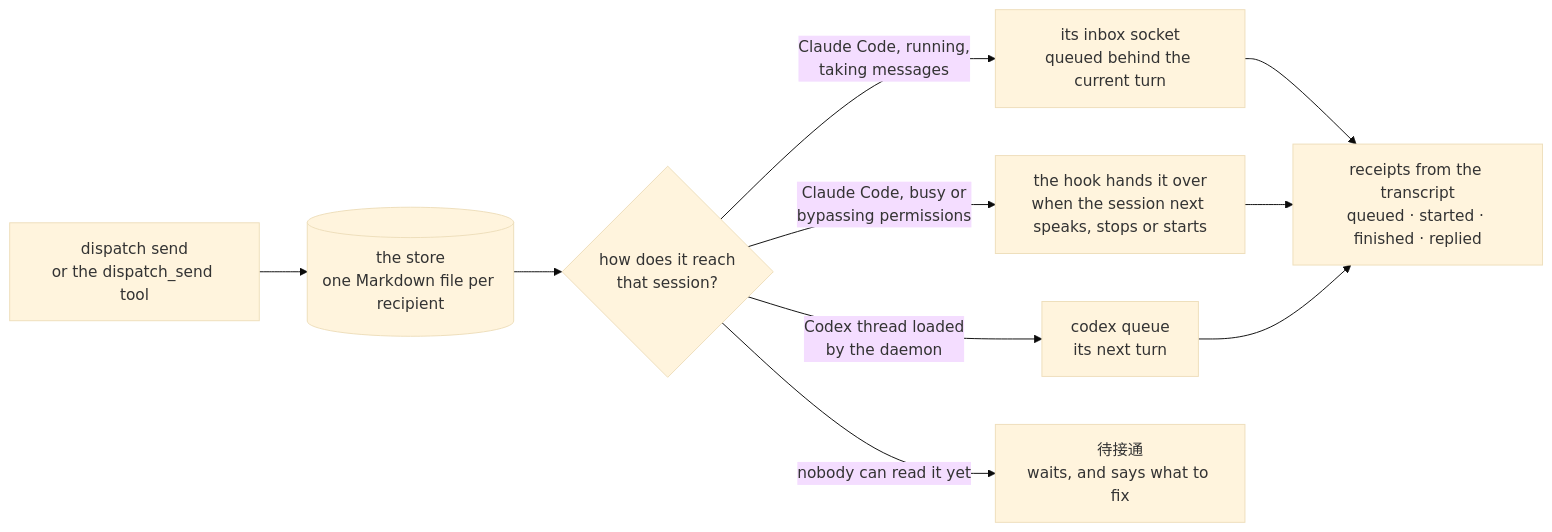
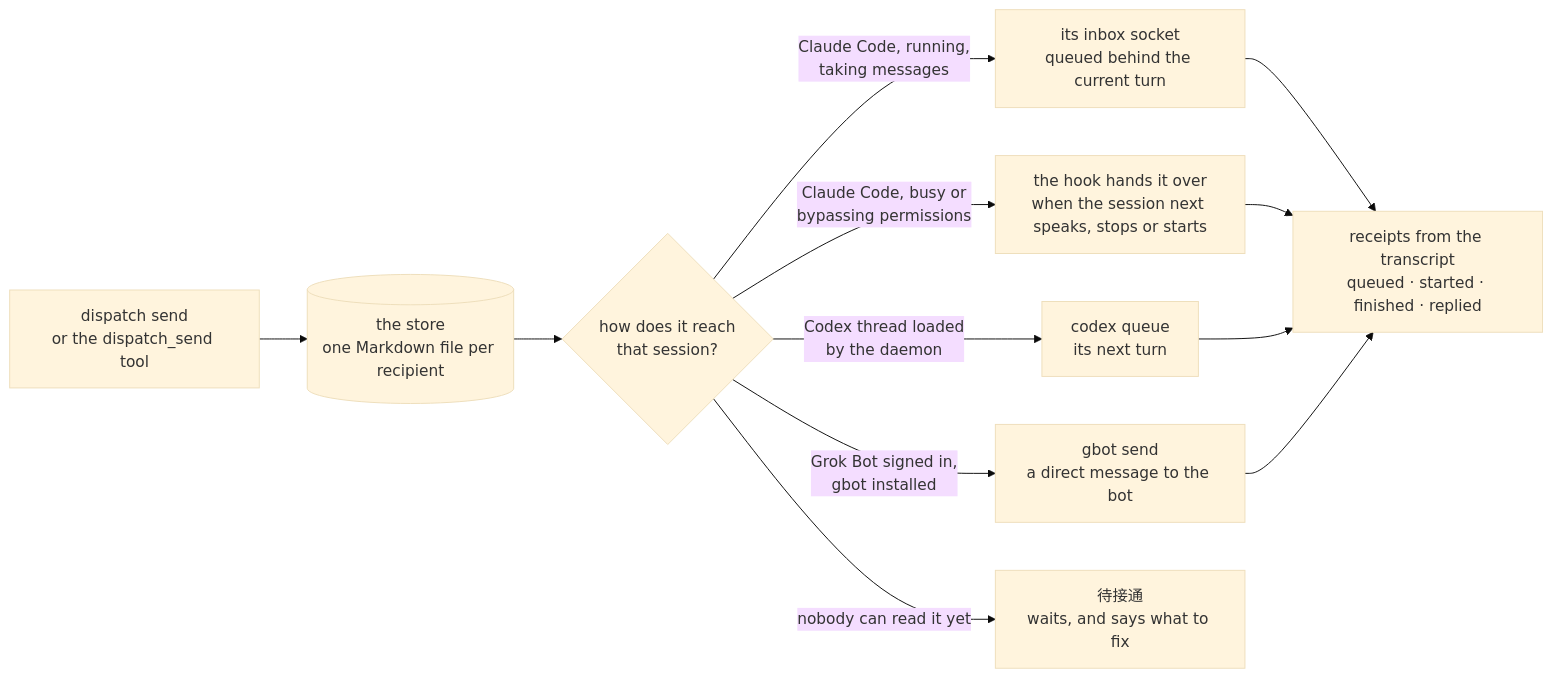
The diagram in README.md (IvyYang1999/dispatch), drawn with Mermaid (base theme) before and after one commit. The commit also changed other lines of this file and 17 other files, not shown here.

Commit message:
Grok Bot delivery through gbot: discovery, reach, send, receipts, dispatch grok, Settings status, skill notes

````diff
--- a/README.md
+++ b/README.md
@@ -60,12 +61,14 @@
 ```mermaid
 flowchart LR
   send["dispatch send<br/>or the dispatch_send tool"] --> store[("the store<br/>one Markdown file per recipient")]
   store --> reach{"how does it reach<br/>that session?"}
   reach -- "Claude Code, running,<br/>taking messages" --> now["its inbox socket<br/>queued behind the current turn"]
   reach -- "Claude Code, busy or<br/>bypassing permissions" --> later["the hook hands it over<br/>when the session next speaks, stops or starts"]
   reach -- "Codex thread loaded<br/>by the daemon" --> codex["codex queue<br/>its next turn"]
+  reach -- "Grok Bot signed in,<br/>gbot installed" --> grok["gbot send<br/>a direct message to the bot"]
   reach -- "nobody can read it yet" --> wait["待接通<br/>waits, and says what to fix"]
   now --> receipts["receipts from the transcript<br/>queued · started · finished · replied"]
   later --> receipts
   codex --> receipts
+  grok --> receipts
 ```
````
